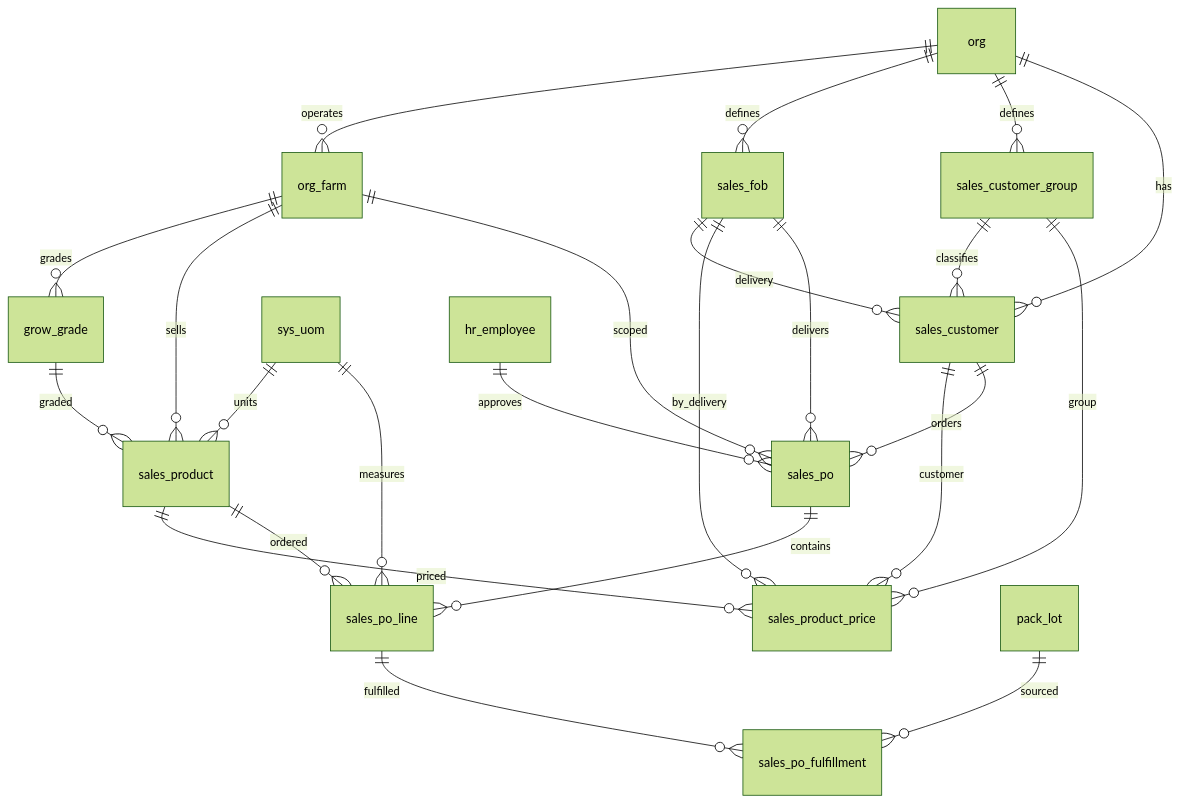
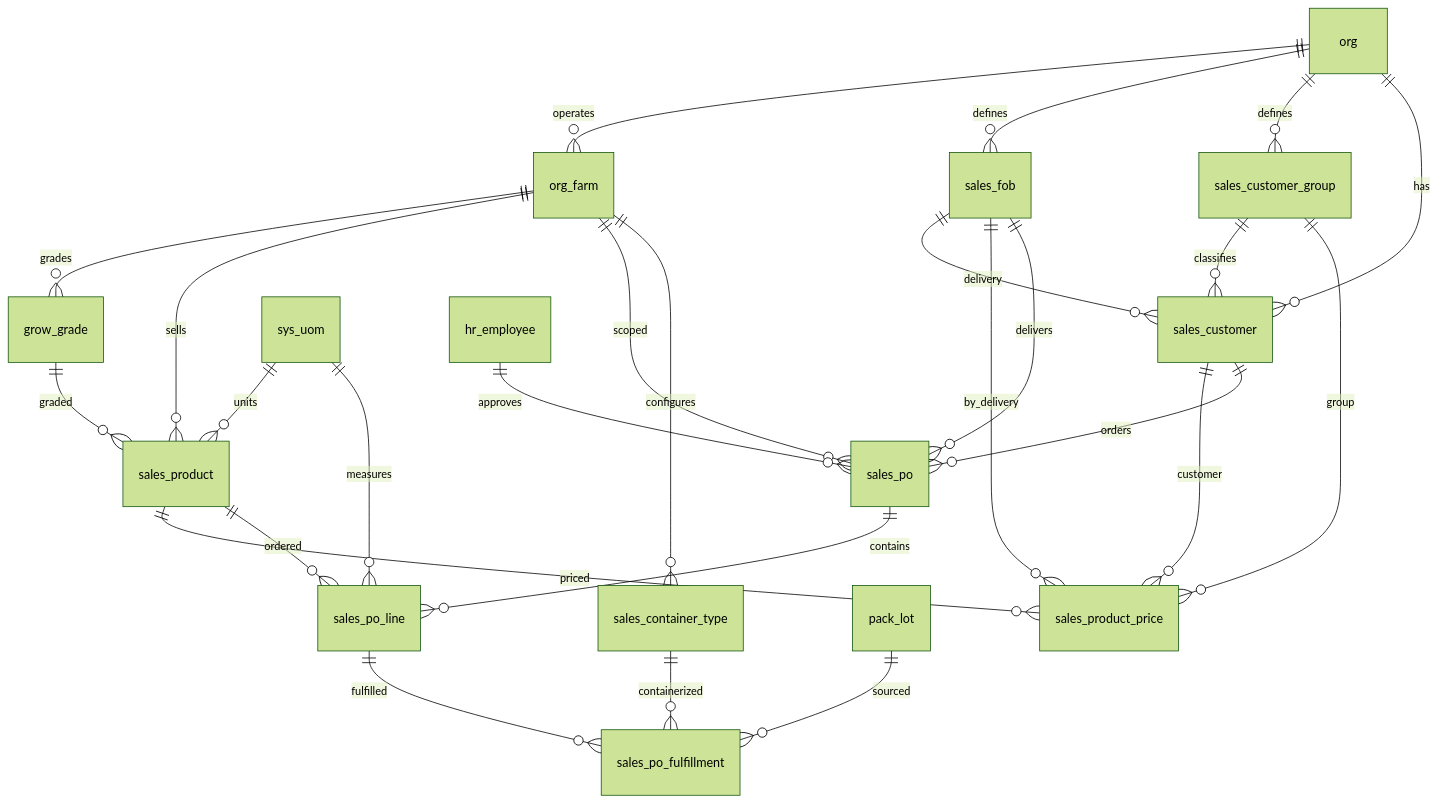
Before and after one commit to Hawaii-Farming/aloha-app: the diagram in docs/schemas/20260401000008_sales.md, drawn with Mermaid (forest theme). The commit also changed other lines of this file and 34 other files, not shown here.

First line of the commit message:
Add business rules, schema updates, shipping traceability, and doc sync

````diff
--- a/docs/schemas/20260401000008_sales.md
+++ b/docs/schemas/20260401000008_sales.md
@@ -9,26 +9,28 @@
 ```mermaid
 erDiagram
     org ||--o{ org_farm : operates
     org ||--o{ sales_fob : defines
     org ||--o{ sales_customer_group : defines
     org ||--o{ sales_customer : has
     sales_customer_group ||--o{ sales_customer : classifies
     sales_fob ||--o{ sales_customer : delivery
     org_farm ||--o{ grow_grade : grades
     org_farm ||--o{ sales_product : sells
     grow_grade ||--o{ sales_product : graded
     sys_uom ||--o{ sales_product : units
     sales_product ||--o{ sales_product_price : priced
     sales_fob ||--o{ sales_product_price : by_delivery
     sales_customer ||--o{ sales_product_price : customer
     sales_customer_group ||--o{ sales_product_price : group
     sales_customer ||--o{ sales_po : orders
     sales_fob ||--o{ sales_po : delivers
     org_farm ||--o{ sales_po : scoped
     sales_po ||--o{ sales_po_line : contains
     sales_product ||--o{ sales_po_line : ordered
     sys_uom ||--o{ sales_po_line : measures
     sales_po_line ||--o{ sales_po_fulfillment : fulfilled
     pack_lot ||--o{ sales_po_fulfillment : sourced
+    sales_container_type ||--o{ sales_po_fulfillment : containerized
+    org_farm ||--o{ sales_container_type : configures
     hr_employee ||--o{ sales_po : approves
 ```
````
